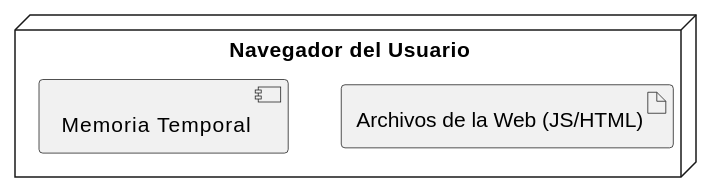
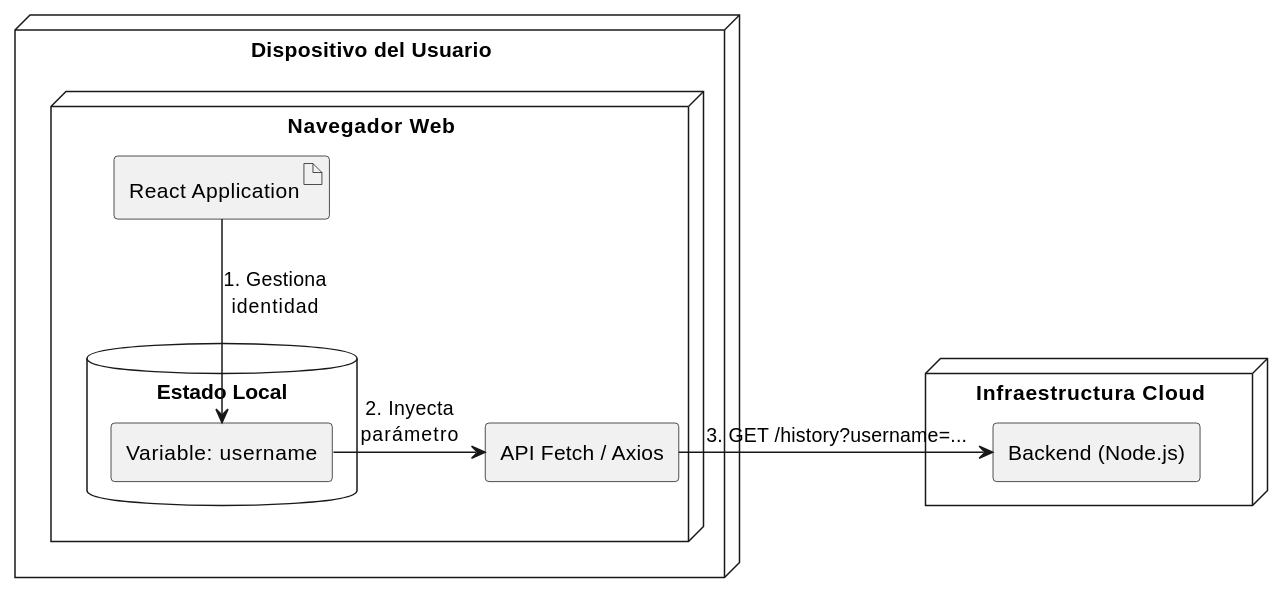
Before and after one commit to Arquisoft/yovi_es1b: the third of 4 diagrams in docs/src/07_deployment_view.adoc, drawn with PlantUML. The commit also changed other lines of this file and 1 other file, not shown here.

```diff
--- a/docs/src/07_deployment_view.adoc
+++ b/docs/src/07_deployment_view.adoc
@@ -163,9 +172,26 @@
 [plantuml, level2-client, png]
 ----
 @startuml
-node "Navegador del Usuario" {
-    artifact "Archivos de la Web (JS/HTML)" as assets
-    component "Memoria Temporal" as storage
+skinparam componentStyle rectangle
+
+node "Dispositivo del Usuario" {
+node "Navegador Web" {
+artifact "React Application" as react_app
+
+    database "Estado Local" as state {
+        [Variable: username] as user_val
+    }
+    
+    component "API Fetch / Axios" as network
 }
+}
+
+node "Infraestructura Cloud" {
+component "Backend (Node.js)" as node_backend
+}
+
+react_app -down-> user_val : 1. Gestiona\nidentidad
+user_val -right-> network : 2. Inyecta\nparámetro
+network -right-> node_backend : 3. GET /history?username=...
 @enduml
 ----
```
